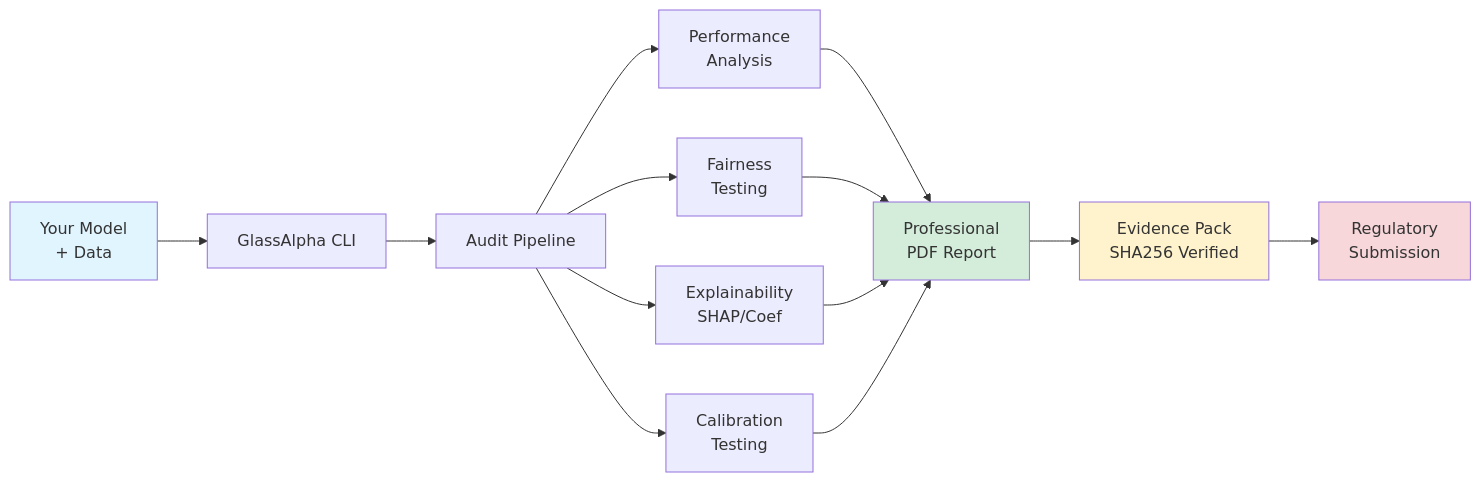
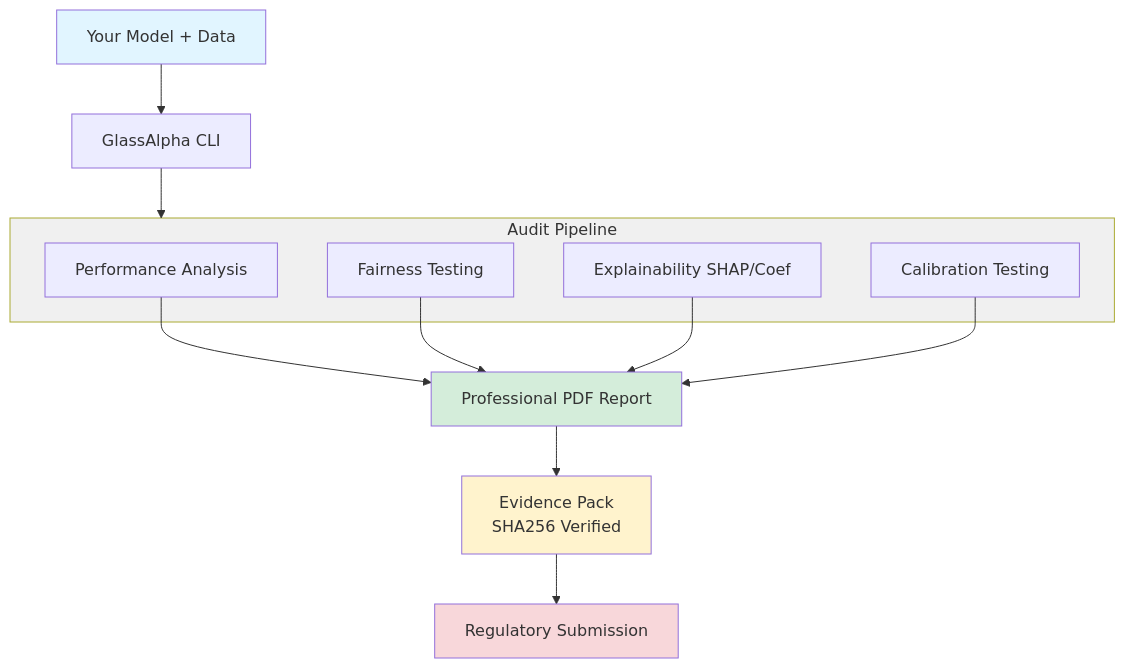
The diagram in site/docs/index.md (asibic/glassalpha), drawn with Mermaid before and after one commit. The commit also changed other lines of this file and 2 other files, not shown here.

Commit message:
improve diagram display

````diff
--- a/site/docs/index.md
+++ b/site/docs/index.md
@@ -9,20 +16,31 @@
 ```mermaid
-graph LR
-    A[Your Model<br/>+ Data] --> B[GlassAlpha CLI]
-    B --> C[Audit Pipeline]
-    C --> D[Performance<br/>Analysis]
-    C --> E[Fairness<br/>Testing]
-    C --> F[Explainability<br/>SHAP/Coef]
-    C --> G[Calibration<br/>Testing]
-    D --> H[Professional<br/>PDF Report]
+graph TB
+    A[Your Model + Data]
+    B[GlassAlpha CLI]
+
+    subgraph Pipeline[Audit Pipeline]
+        D[Performance Analysis]
+        E[Fairness Testing]
+        F[Explainability SHAP/Coef]
+        G[Calibration Testing]
+    end
+
+    H[Professional PDF Report]
+    I[Evidence Pack<br/>SHA256 Verified]
+    J[Regulatory Submission]
+
+    A --> B
+    B --> Pipeline
+    D --> H
     E --> H
     F --> H
     G --> H
-    H --> I[Evidence Pack<br/>SHA256 Verified]
-    I --> J[Regulatory<br/>Submission]
+    H --> I
+    I --> J
 
     style A fill:#e1f5ff
+    style Pipeline fill:#f0f0f0
     style H fill:#d4edda
     style I fill:#fff3cd
     style J fill:#f8d7da
 ```
````
